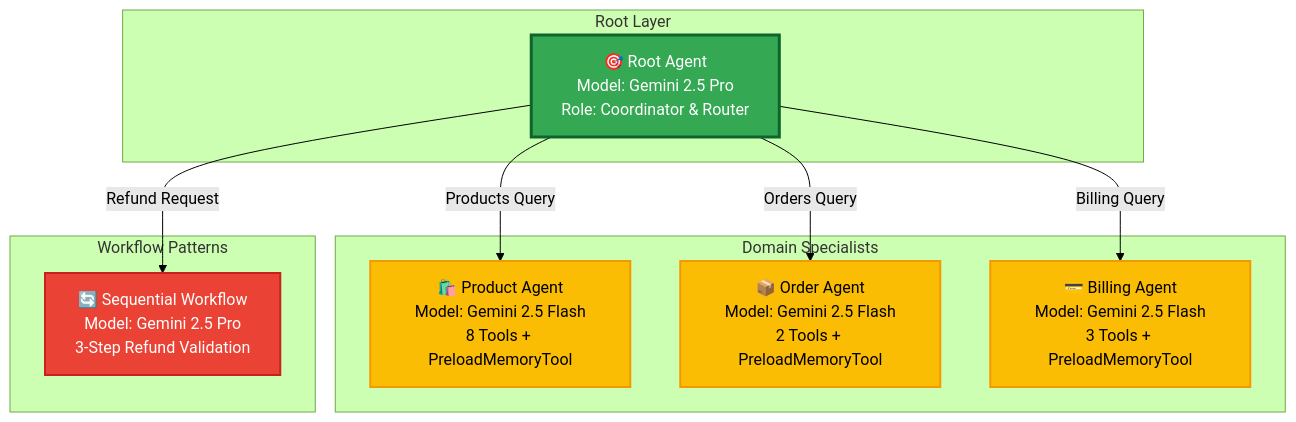
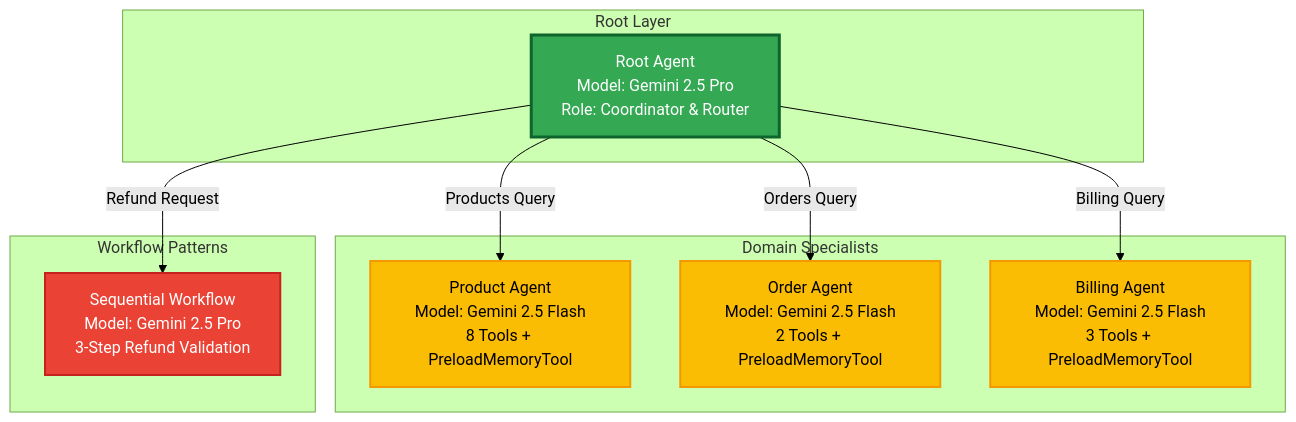
One commit to Saoussen-CH/customer-support-mas-ai changed the second of 6 diagrams in docs/ARCHITECTURE.md. Above: the diagram before and after it, drawn with Mermaid (forest theme). The commit also changed other lines of this file and 19 other files, not shown here.

````diff
--- a/docs/ARCHITECTURE.md
+++ b/docs/ARCHITECTURE.md
@@ -85,27 +85,27 @@
 ```mermaid
 graph TD
     subgraph "Root Layer"
-        Root[🎯 Root Agent<br/>Model: Gemini 2.5 Pro<br/>Role: Coordinator & Router]
+        Root[Root Agent<br/>Model: Gemini 2.5 Pro<br/>Role: Coordinator & Router]
     end
 
     subgraph "Domain Specialists"
-        Product[🛍️ Product Agent<br/>Model: Gemini 2.5 Flash<br/>8 Tools + PreloadMemoryTool]
-        Order[📦 Order Agent<br/>Model: Gemini 2.5 Flash<br/>2 Tools + PreloadMemoryTool]
-        Billing[💳 Billing Agent<br/>Model: Gemini 2.5 Flash<br/>3 Tools + PreloadMemoryTool]
+        Product[Product Agent<br/>Model: Gemini 2.5 Flash<br/>8 Tools + PreloadMemoryTool]
+        Order[Order Agent<br/>Model: Gemini 2.5 Flash<br/>2 Tools + PreloadMemoryTool]
+        Billing[Billing Agent<br/>Model: Gemini 2.5 Flash<br/>3 Tools + PreloadMemoryTool]
     end
 
     subgraph "Workflow Patterns"
-        Sequential[🔄 Sequential Workflow<br/>Model: Gemini 2.5 Pro<br/>3-Step Refund Validation]
+        Sequential[Sequential Workflow<br/>Model: Gemini 2.5 Pro<br/>3-Step Refund Validation]
     end
 
     Root -->|Products Query| Product
     Root -->|Orders Query| Order
     Root -->|Billing Query| Billing
     Root -->|Refund Request| Sequential
 
     style Root fill:#34A853,stroke:#0D652D,color:#fff,stroke-width:3px
     style Product fill:#FBBC04,stroke:#F29900,color:#000,stroke-width:2px
     style Order fill:#FBBC04,stroke:#F29900,color:#000,stroke-width:2px
     style Billing fill:#FBBC04,stroke:#F29900,color:#000,stroke-width:2px
     style Sequential fill:#EA4335,stroke:#C5221F,color:#fff,stroke-width:2px
 ```
````
